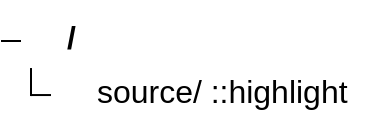
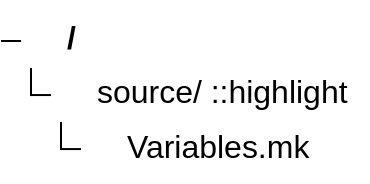
The diagram in README.md (Zai4ikManiak/Cyber-Security-Study), drawn with Mermaid before and after one commit.

Commit message:
modified:   README.md

````diff
--- a/README.md
+++ b/README.md
@@ -2,14 +2,15 @@
 ```mermaid
 ---
 config:
     treeView:
         showIcons: true
         defaultIconPack: material-icon-theme
         filenameIcons:
             source: 📁
         extensionIcons:
             .mk: 🔨
 ---
 treeView-beta
     source/ ::highlight
+        Variables.mk
 ```
````
